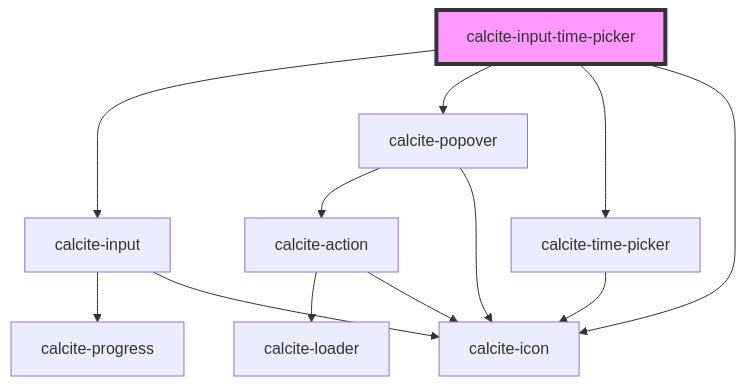
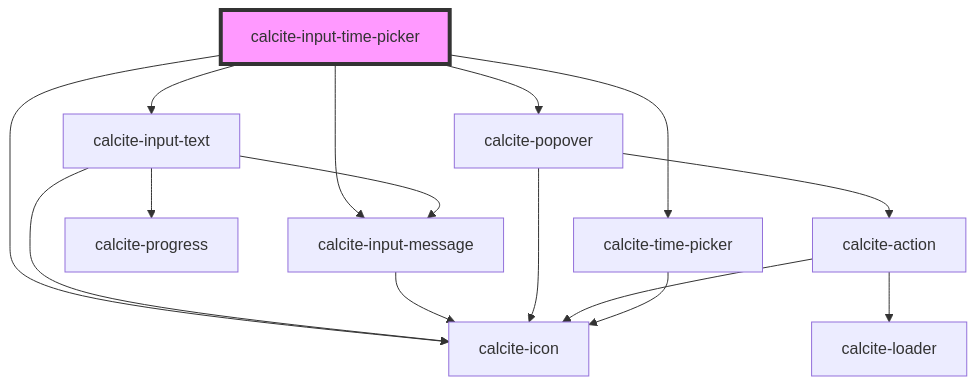
Before and after one commit to vikivakarvc/calcite-design-system: the diagram in packages/calcite-components/src/components/input-time-picker/readme.md, drawn with Mermaid. The commit also changed other lines of this file and 64 other files, not shown here.

````diff
--- a/packages/calcite-components/src/components/input-time-picker/readme.md
+++ b/packages/calcite-components/src/components/input-time-picker/readme.md
@@ -76,15 +86,18 @@
 ```mermaid
 graph TD;
-  calcite-input-time-picker --> calcite-input
+  calcite-input-time-picker --> calcite-input-text
   calcite-input-time-picker --> calcite-popover
   calcite-input-time-picker --> calcite-time-picker
   calcite-input-time-picker --> calcite-icon
-  calcite-input --> calcite-progress
-  calcite-input --> calcite-icon
+  calcite-input-time-picker --> calcite-input-message
+  calcite-input-text --> calcite-progress
+  calcite-input-text --> calcite-icon
+  calcite-input-text --> calcite-input-message
+  calcite-input-message --> calcite-icon
   calcite-popover --> calcite-action
   calcite-popover --> calcite-icon
   calcite-action --> calcite-loader
   calcite-action --> calcite-icon
   calcite-time-picker --> calcite-icon
   style calcite-input-time-picker fill:#f9f,stroke:#333,stroke-width:4px
 ```
````
